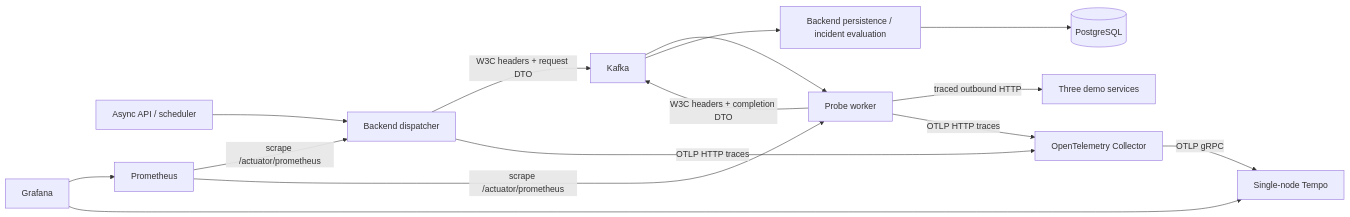
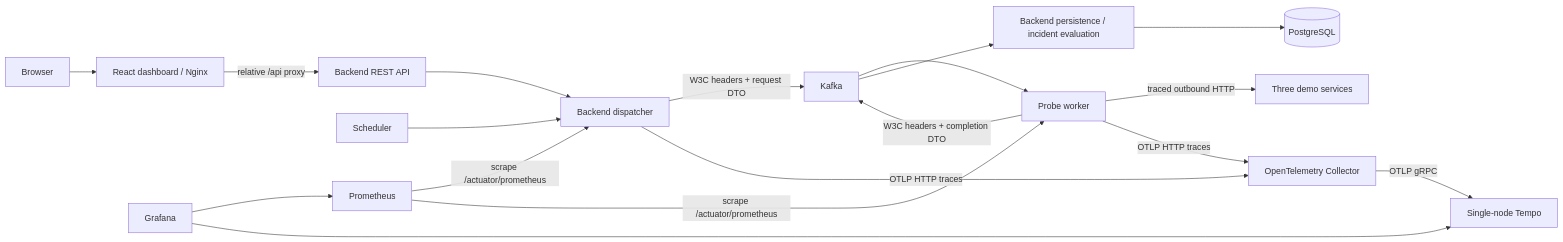
Before and after one commit to doctor277/launchguard: the first of 8 diagrams in docs/technical-guide.md, drawn with Mermaid. The commit also changed other lines of this file and 3 other files, not shown here.

````diff
--- a/docs/technical-guide.md
+++ b/docs/technical-guide.md
@@ -11,17 +11,20 @@
 ```mermaid
 flowchart LR
-    API[Async API / scheduler] --> Backend[Backend dispatcher]
+    Browser[Browser] --> Dashboard[React dashboard / Nginx]
+    Dashboard -->|relative /api proxy| API[Backend REST API]
+    API --> Backend[Backend dispatcher]
+    Scheduler[Scheduler] --> Backend
     Backend -->|W3C headers + request DTO| Kafka[Kafka]
     Kafka --> Worker[Probe worker]
     Worker -->|traced outbound HTTP| Demos[Three demo services]
     Worker -->|W3C headers + completion DTO| Kafka
     Kafka --> Persistence[Backend persistence / incident evaluation]
     Persistence --> DB[(PostgreSQL)]
     Backend -->|OTLP HTTP traces| Collector[OpenTelemetry Collector]
     Worker -->|OTLP HTTP traces| Collector
     Collector -->|OTLP gRPC| Tempo[Single-node Tempo]
     Prometheus -->|scrape /actuator/prometheus| Backend
     Prometheus -->|scrape /actuator/prometheus| Worker
     Grafana --> Prometheus
     Grafana --> Tempo
 ```
````
